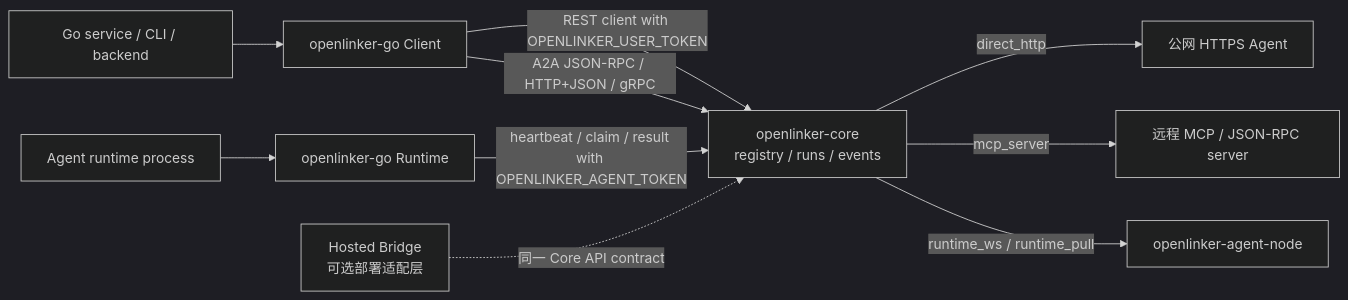
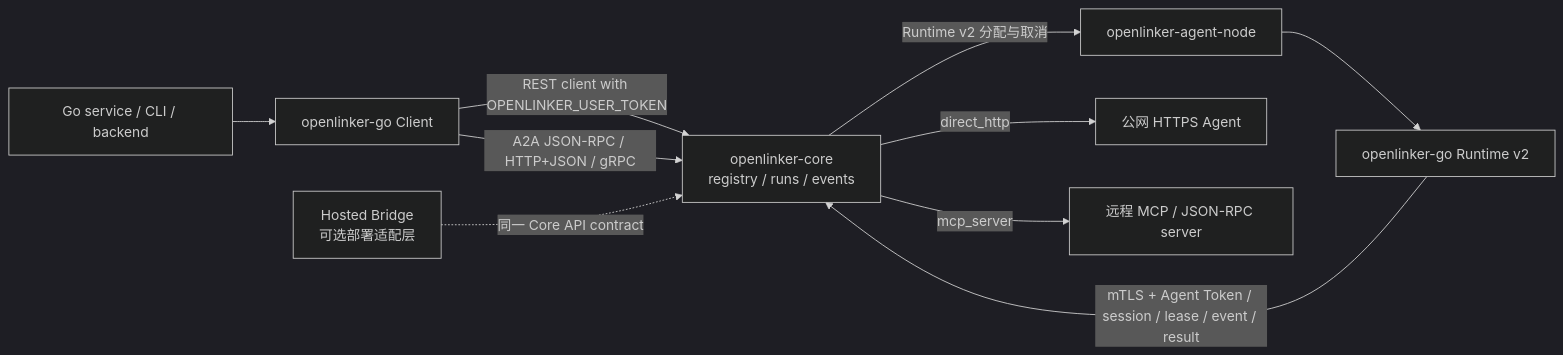
The diagram in README.zh-CN.md (OpenLinker-ai/openlinker-go), drawn with Mermaid (dark theme) before and after one commit. The commit also changed other lines of this file and 43 other files, not shown here.

````diff
--- a/README.zh-CN.md
+++ b/README.zh-CN.md
@@ -23,14 +23,14 @@
 ```mermaid
 flowchart LR
   Service["Go service / CLI / backend"] --> ClientSDK["openlinker-go Client"]
   ClientSDK -->|"REST client with OPENLINKER_USER_TOKEN"| Core["openlinker-core<br/>registry / runs / events"]
   ClientSDK -->|"A2A JSON-RPC / HTTP+JSON / gRPC"| Core
-  Runtime["Agent runtime process"] --> RuntimeSDK["openlinker-go Runtime"]
-  RuntimeSDK -->|"heartbeat / claim / result with OPENLINKER_AGENT_TOKEN"| Core
+  AgentNode["openlinker-agent-node"] --> RuntimeSDK["openlinker-go Runtime v2"]
+  RuntimeSDK -->|"mTLS + Agent Token / session / lease / event / result"| Core
 
   HostedBridge["Hosted Bridge<br/>可选部署适配层"] -.->|"同一 Core API contract"| Core
 
   Core -->|"direct_http"| HTTPAgent["公网 HTTPS Agent"]
   Core -->|"mcp_server"| MCPAgent["远程 MCP / JSON-RPC server"]
-  Core -->|"runtime_ws / runtime_pull"| AgentNode["openlinker-agent-node"]
+  Core -->|"Runtime v2 分配与取消"| AgentNode
 ```
````
